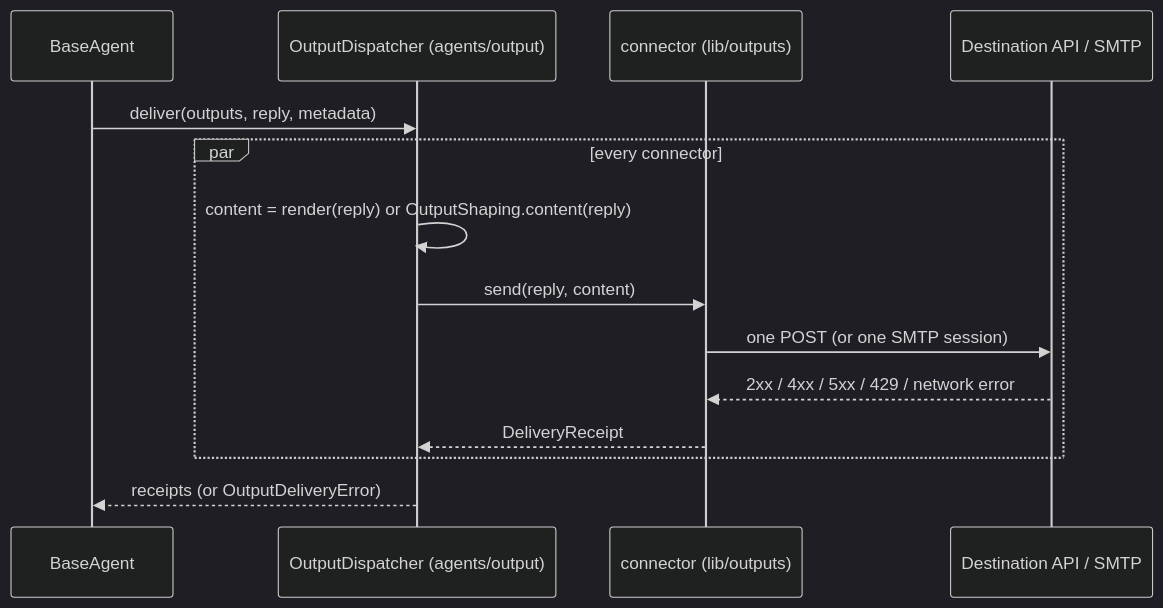
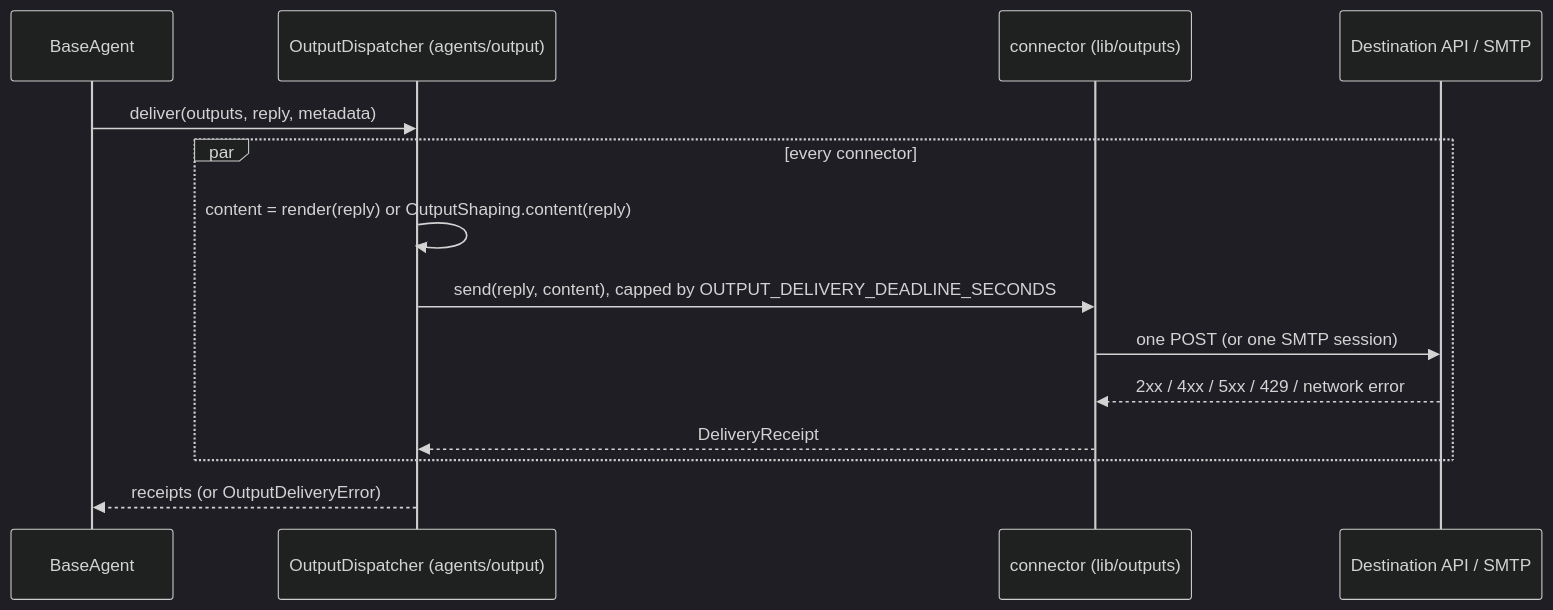
One commit to cerredz/Vidbyte-SDK changed the second of 2 diagrams in docs/spec/agent-output-connectors/spec.md. Above: the diagram before and after it, drawn with Mermaid (dark theme). The commit also changed other lines of this file and 1 other file, not shown here.

First line of the commit message:
docs(spec): revise agent-output-connectors spec r3 (S1 review round 2; approved)

````diff
--- a/docs/spec/agent-output-connectors/spec.md
+++ b/docs/spec/agent-output-connectors/spec.md
@@ -156,16 +158,16 @@
 ```mermaid
 sequenceDiagram
   participant Agent as BaseAgent
   participant Disp as OutputDispatcher (agents/output)
   participant Conn as connector (lib/outputs)
   participant Dest as Destination API / SMTP
   Agent->>Disp: deliver(outputs, reply, metadata)
   par every connector
     Disp->>Disp: content = render(reply) or OutputShaping.content(reply)
-    Disp->>Conn: send(reply, content)
+    Disp->>Conn: send(reply, content), capped by OUTPUT_DELIVERY_DEADLINE_SECONDS
     Conn->>Dest: one POST (or one SMTP session)
     Dest-->>Conn: 2xx / 4xx / 5xx / 429 / network error
     Conn-->>Disp: DeliveryReceipt
   end
   Disp-->>Agent: receipts (or OutputDeliveryError)
 ```
````
